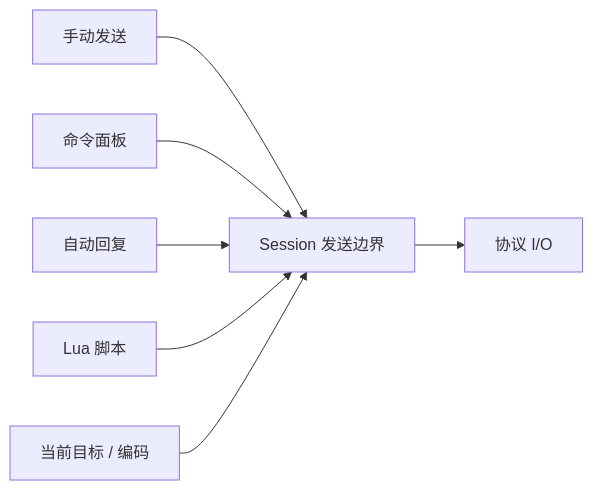
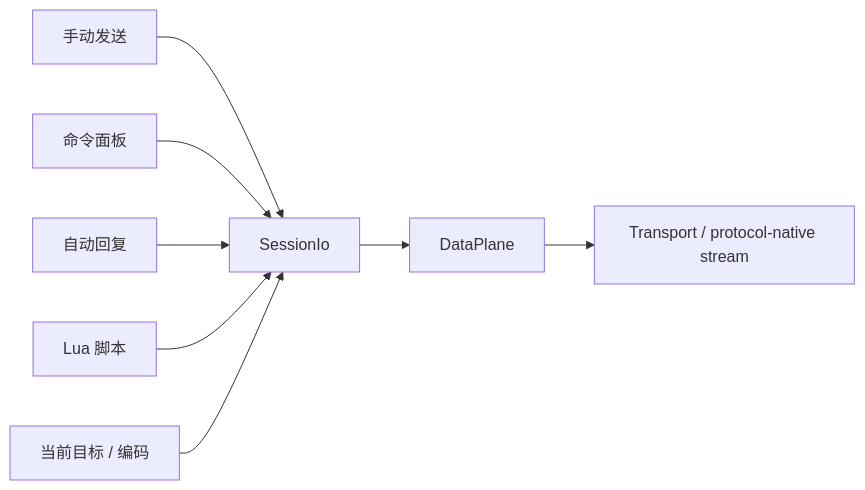
The diagram in docs/modules/AUTOMATION.md (hamburger-os/TauTerm), drawn with Mermaid before and after one commit. The commit also changed other lines of this file, not shown here.

Commit message:
docs: route automation through SessionIo

````diff
--- a/docs/modules/AUTOMATION.md
+++ b/docs/modules/AUTOMATION.md
@@ -25,9 +27,10 @@
 ```mermaid
 flowchart LR
-  Manual["手动发送"] --> Send["Session 发送边界"]
-  Command["命令面板"] --> Send
-  Reply["自动回复"] --> Send
-  Script["Lua 脚本"] --> Send
-  Target["当前目标 / 编码"] --> Send
-  Send --> Protocol["协议 I/O"]
+  Manual["手动发送"] --> Io["SessionIo"]
+  Command["命令面板"] --> Io
+  Reply["自动回复"] --> Io
+  Script["Lua 脚本"] --> Io
+  Target["当前目标 / 编码"] --> Io
+  Io --> DP["DataPlane"]
+  DP --> Transport["Transport / protocol-native stream"]
 ```
````
